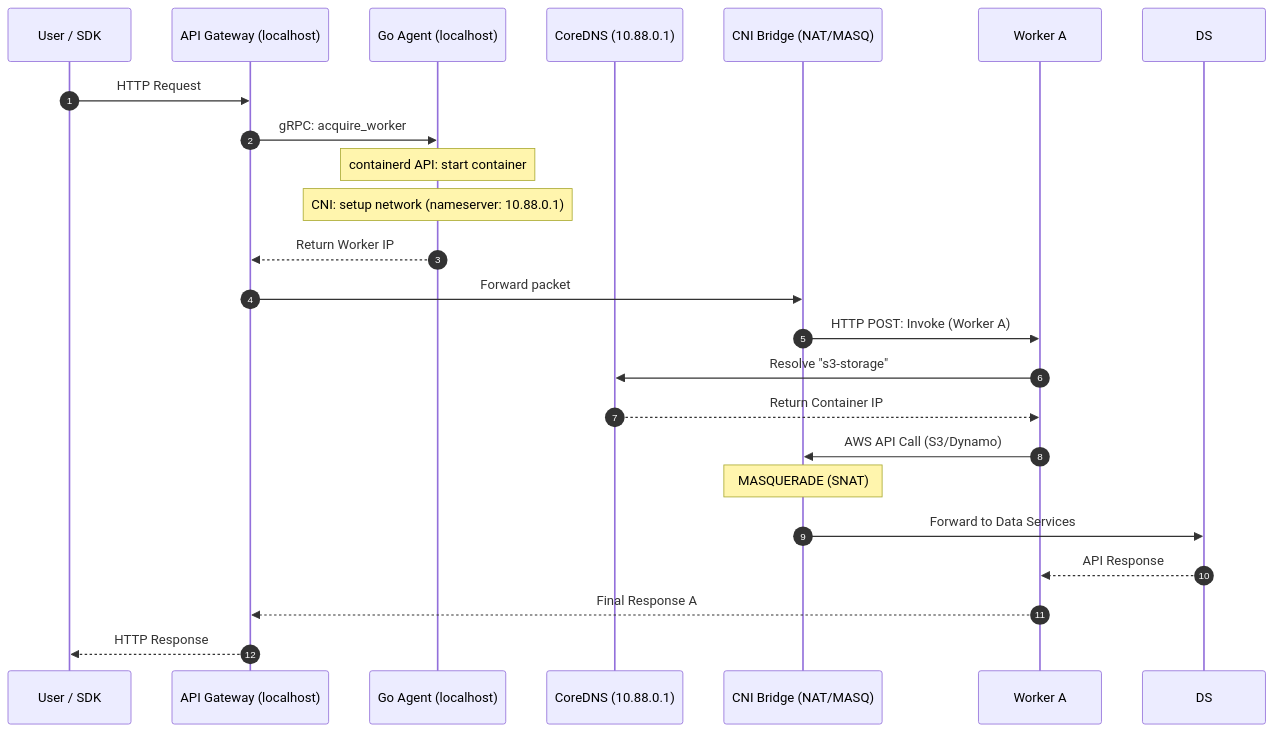
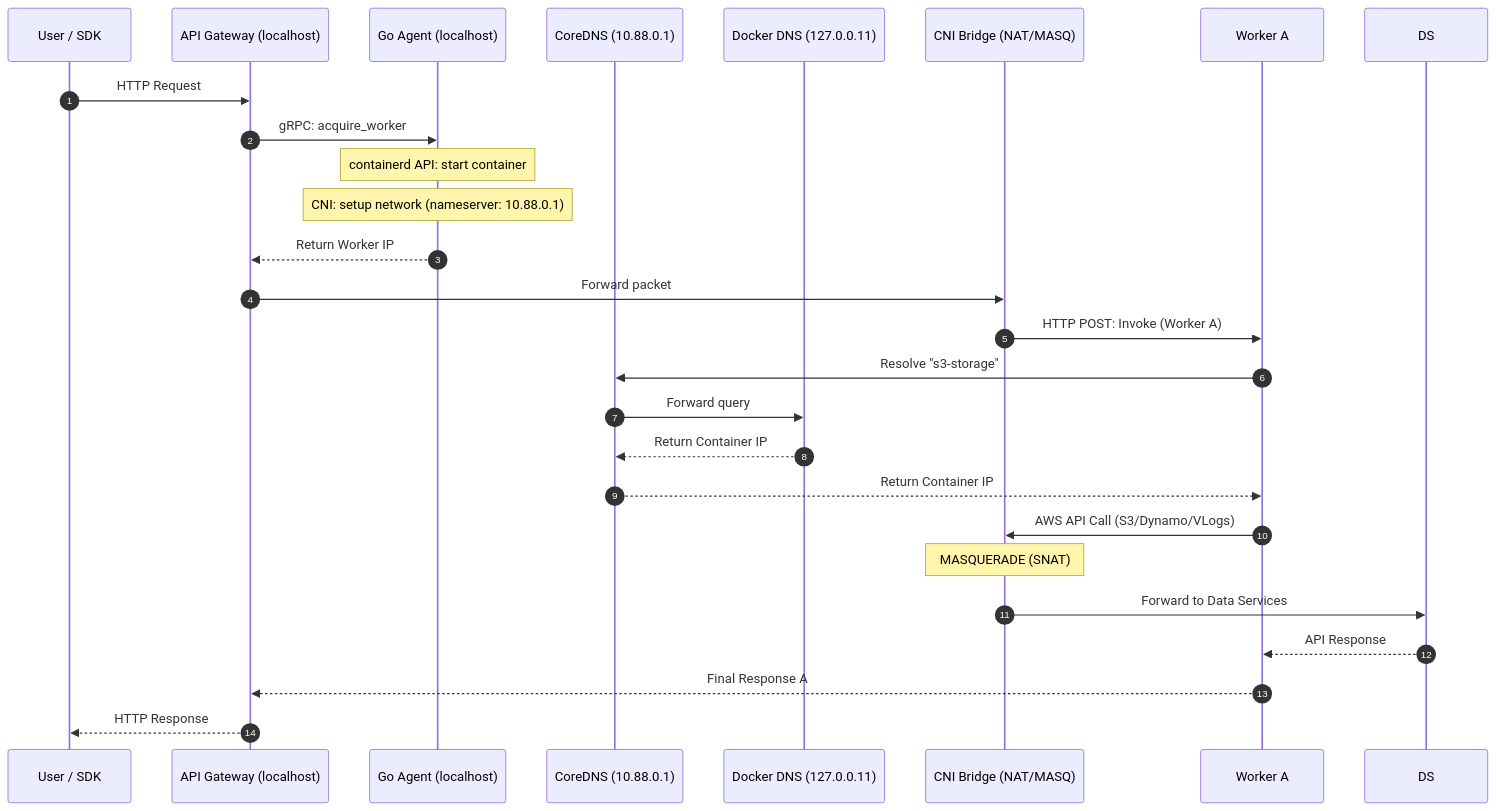
Before and after one commit to poruru-code/esb: the fourth of 4 diagrams in docs/architecture-containerd.md, drawn with Mermaid. The commit also changed other lines of this file and 26 other files, not shown here.

````diff
--- a/docs/architecture-containerd.md
+++ b/docs/architecture-containerd.md
@@ -153,30 +156,33 @@
 ```mermaid
 sequenceDiagram
     autonumber
     participant User as User / SDK
     participant GW as API Gateway (localhost)
     participant AG as Go Agent (localhost)
     participant DNS as CoreDNS (10.88.0.1)
+    participant DDNS as Docker DNS (127.0.0.11)
     participant CNI as CNI Bridge (NAT/MASQ)
     participant WA as Worker A
 
     User->>GW: HTTP Request
     GW->>AG: gRPC: acquire_worker
     Note over AG: containerd API: start container
     Note over AG: CNI: setup network (nameserver: 10.88.0.1)
     AG-->>GW: Return Worker IP
     
     GW->>CNI: Forward packet
     CNI->>WA: HTTP POST: Invoke (Worker A)
     
     WA->>DNS: Resolve "s3-storage"
+    DNS->>DDNS: Forward query
+    DDNS-->>DNS: Return Container IP
     DNS-->>WA: Return Container IP
     
-    WA->>CNI: AWS API Call (S3/Dynamo)
+    WA->>CNI: AWS API Call (S3/Dynamo/VLogs)
     Note over CNI: MASQUERADE (SNAT)
     CNI->>DS: Forward to Data Services
     DS-->>WA: API Response
     
     WA-->>GW: Final Response A
     GW-->>User: HTTP Response
 ```
````
